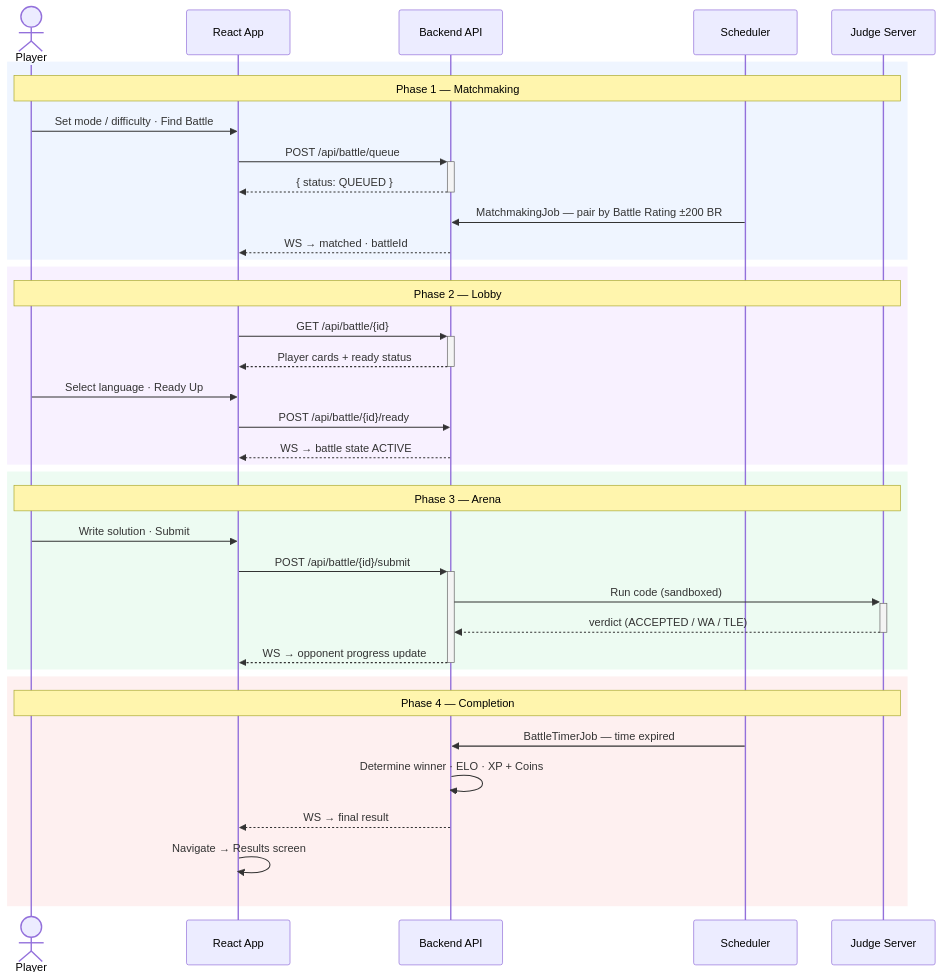
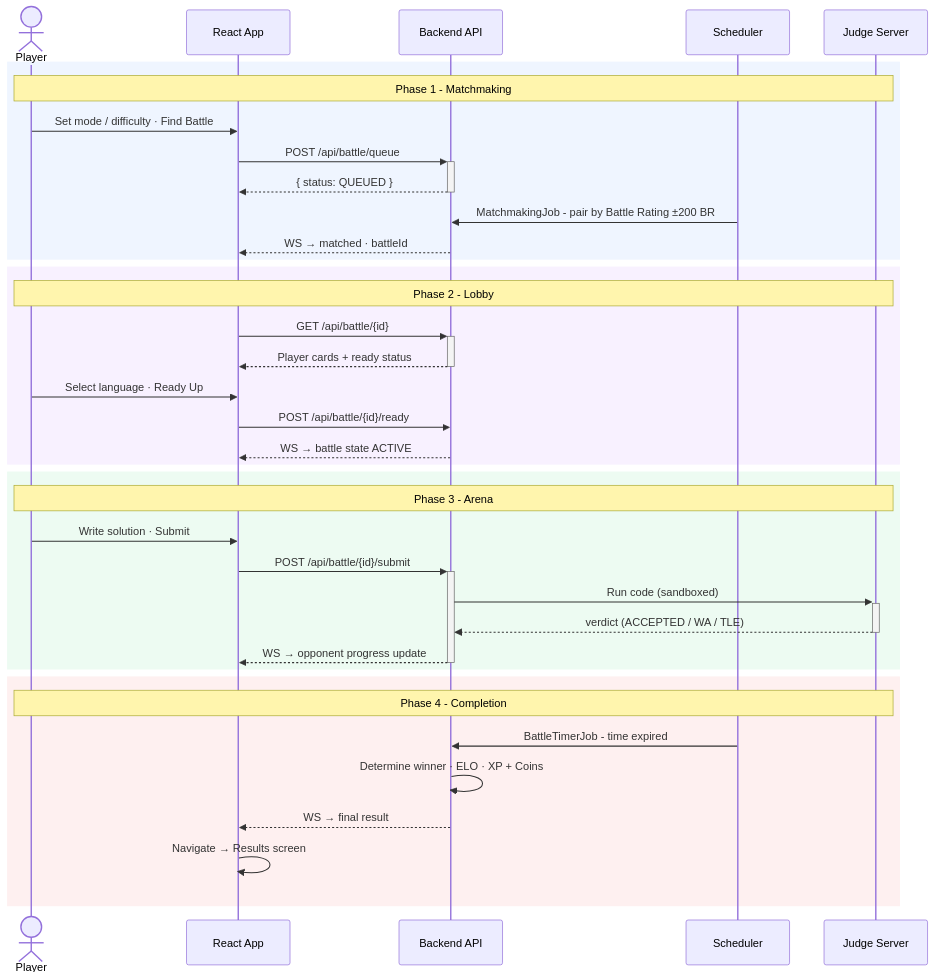
One commit to roguekishore/Vantage changed the diagram in docs/BATTLE_SEQUENCE.md. Above: the diagram before and after it, drawn with Mermaid. The commit also changed other lines of this file and 12 other files, not shown here.

````diff
--- a/docs/BATTLE_SEQUENCE.md
+++ b/docs/BATTLE_SEQUENCE.md
@@ -3,43 +3,43 @@
 ```mermaid
 sequenceDiagram
     actor Player
     participant App as React App
     participant API as Backend API
     participant Sched as Scheduler
     participant Judge as Judge Server
 
     rect rgba(59, 130, 246, 0.08)
-        Note over Player,Judge: Phase 1 — Matchmaking
+        Note over Player,Judge: Phase 1 - Matchmaking
         Player->>App: Set mode / difficulty · Find Battle
         App->>+API: POST /api/battle/queue
         API-->>-App: { status: QUEUED }
-        Sched->>API: MatchmakingJob — pair by Battle Rating ±200 BR
+        Sched->>API: MatchmakingJob - pair by Battle Rating ±200 BR
         API-->>App: WS → matched · battleId
     end
 
     rect rgba(168, 85, 247, 0.08)
-        Note over Player,Judge: Phase 2 — Lobby
+        Note over Player,Judge: Phase 2 - Lobby
         App->>+API: GET /api/battle/{id}
         API-->>-App: Player cards + ready status
         Player->>App: Select language · Ready Up
         App->>API: POST /api/battle/{id}/ready
         API-->>App: WS → battle state ACTIVE
     end
 
     rect rgba(34, 197, 94, 0.08)
-        Note over Player,Judge: Phase 3 — Arena
+        Note over Player,Judge: Phase 3 - Arena
         Player->>App: Write solution · Submit
         App->>+API: POST /api/battle/{id}/submit
         API->>+Judge: Run code (sandboxed)
         Judge-->>-API: verdict (ACCEPTED / WA / TLE)
         API-->>-App: WS → opponent progress update
     end
 
     rect rgba(239, 68, 68, 0.08)
-        Note over Player,Judge: Phase 4 — Completion
-        Sched->>API: BattleTimerJob — time expired
+        Note over Player,Judge: Phase 4 - Completion
+        Sched->>API: BattleTimerJob - time expired
         API->>API: Determine winner · ELO · XP + Coins
         API-->>App: WS → final result
         App->>App: Navigate → Results screen
     end
 ```
````
